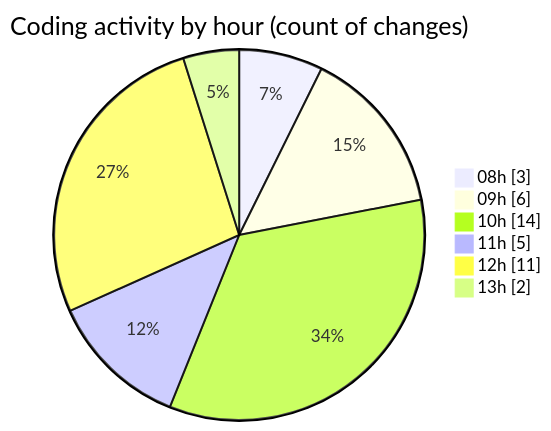
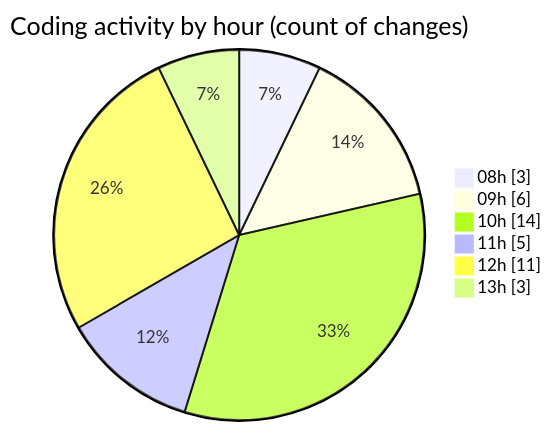
The second of 2 diagrams in 2025-04-01/jsvms/README.md (BS-eng2023/code-tracking), drawn with Mermaid before and after one commit. The commit also changed other lines of this file and 1 other file, not shown here.

````diff
--- a/2025-04-01/jsvms/README.md
+++ b/2025-04-01/jsvms/README.md
@@ -45,10 +45,10 @@
 ```mermaid
 pie showData
 title Coding activity by hour (count of changes)
 "08h" : 3
 "09h" : 6
 "10h" : 14
 "11h" : 5
 "12h" : 11
-"13h" : 2
+"13h" : 3
 ```
````
